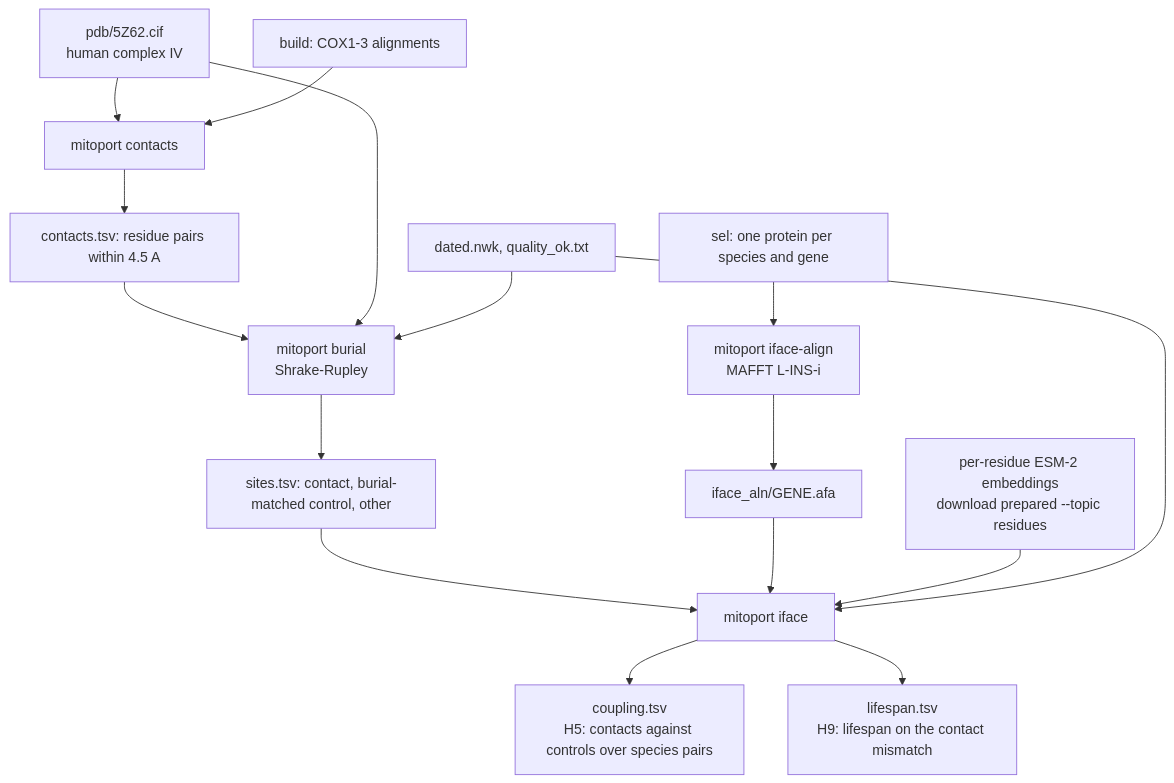
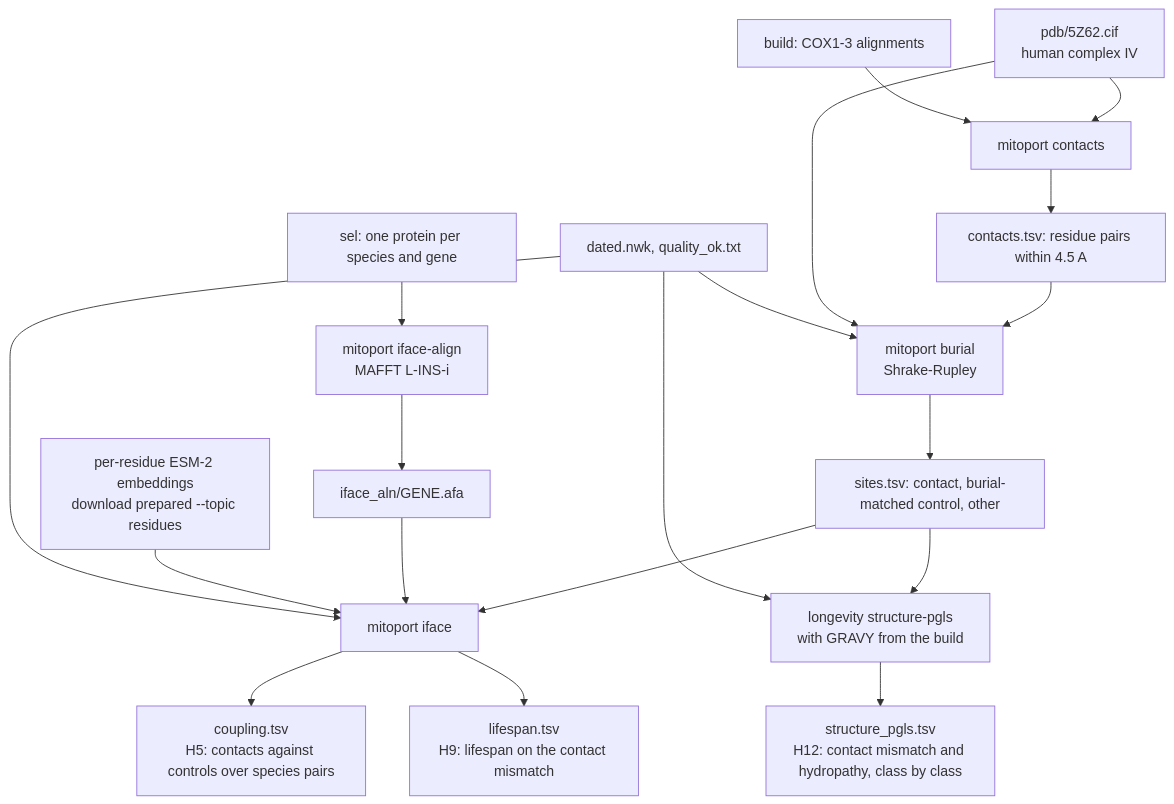
The fifth of 6 diagrams in docs/PIPELINE.md (dna-seq/mitoage-pipelines), drawn with Mermaid before and after one commit. The commit also changed other lines of this file and 7 other files, not shown here.

````diff
--- a/docs/PIPELINE.md
+++ b/docs/PIPELINE.md
@@ -114,18 +114,21 @@
 ```mermaid
 flowchart TD
   C[pdb/5Z62.cif<br/>human complex IV] --> CT[mitoport contacts]
   B[build: COX1-3 alignments] --> CT
   CT --> K[contacts.tsv: residue pairs within 4.5 A]
   K --> BU[mitoport burial<br/>Shrake-Rupley]
   C --> BU
   TREE[dated.nwk, quality_ok.txt] --> BU
   BU --> SI[sites.tsv: contact, burial-matched control, other]
   S1[sel: one protein per species and gene] --> IA[mitoport iface-align<br/>MAFFT L-INS-i]
   IA --> NA[iface_aln/GENE.afa]
   SI --> IF[mitoport iface]
   NA --> IF
   E[per-residue ESM-2 embeddings<br/>download prepared --topic residues] --> IF
   TREE --> IF
   IF --> T3[coupling.tsv<br/>H5: contacts against controls over species pairs]
   IF --> T4[lifespan.tsv<br/>H9: lifespan on the contact mismatch]
+  SI --> SP[longevity structure-pgls<br/>with GRAVY from the build]
+  TREE --> SP
+  SP --> T7[structure_pgls.tsv<br/>H12: contact mismatch and hydropathy, class by class]
 ```
````
